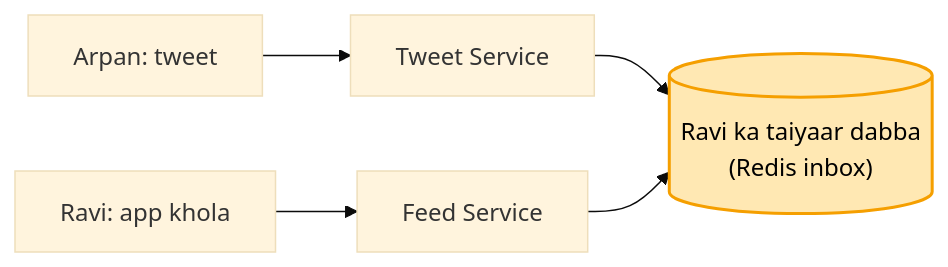
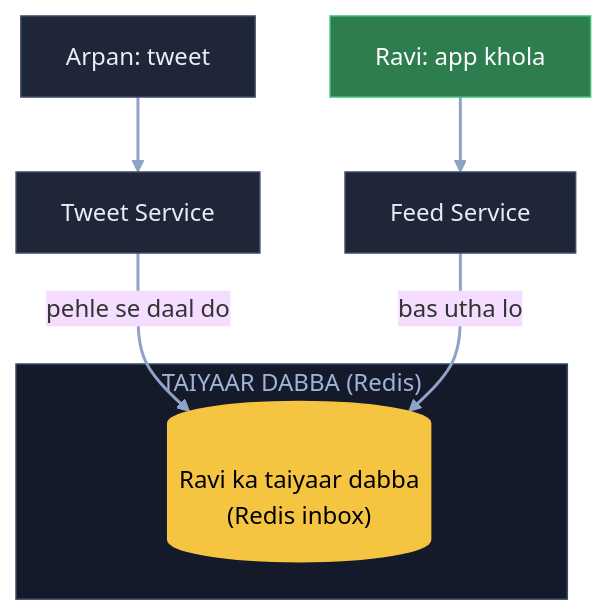
One commit to ArpanMaheshwari144/Prep changed the first of 15 diagrams in 04_HLD/SYSTEM_DESIGNS/03_twitter_feed/03_twitter_feed.md. Above: the diagram before and after it, drawn with Mermaid (base theme). The commit also changed other lines of this file, not shown here.

Commit message:
Twitter: 15 diagram YouTube (reel) wale card andaaz me

````diff
--- a/04_HLD/SYSTEM_DESIGNS/03_twitter_feed/03_twitter_feed.md
+++ b/04_HLD/SYSTEM_DESIGNS/03_twitter_feed/03_twitter_feed.md
@@ -36,8 +36,20 @@
 ```mermaid
-flowchart LR
-    A["Arpan: tweet"] --> TS["Tweet Service"]
-    TS --> IN[("Ravi ka taiyaar dabba<br/>(Redis inbox)")]
-    R["Ravi: app khola"] --> FS["Feed Service"]
-    FS --> IN
-    style IN fill:#ffe8b3,stroke:#f59f00,stroke-width:2px,color:#000
+flowchart TB
+    A["Arpan: tweet"]:::card
+    TS["Tweet Service"]:::card
+    subgraph RD["TAIYAAR DABBA (Redis)"]
+        IN[("Ravi ka taiyaar dabba<br/>(Redis inbox)")]:::pill
+    end
+    FS["Feed Service"]:::card
+    R["Ravi: app khola"]:::good
+    A --> TS
+    TS -- "pehle se daal do" --> IN
+    R --> FS
+    FS -- "bas utha lo" --> IN
+    linkStyle default stroke:#8fa3c7,stroke-width:2px
+    classDef card fill:#1e2638,stroke:#3a4a6b,color:#e8ecf5
+    classDef pill fill:#f5c542,stroke:#f5c542,color:#000
+    classDef good fill:#2e7d4f,stroke:#3fbf6f,color:#fff
+    classDef bad fill:#5c1f24,stroke:#e05561,color:#fff
+    style RD fill:#141a29,stroke:#3a4a6b,color:#9fb3d9
 ```
````
